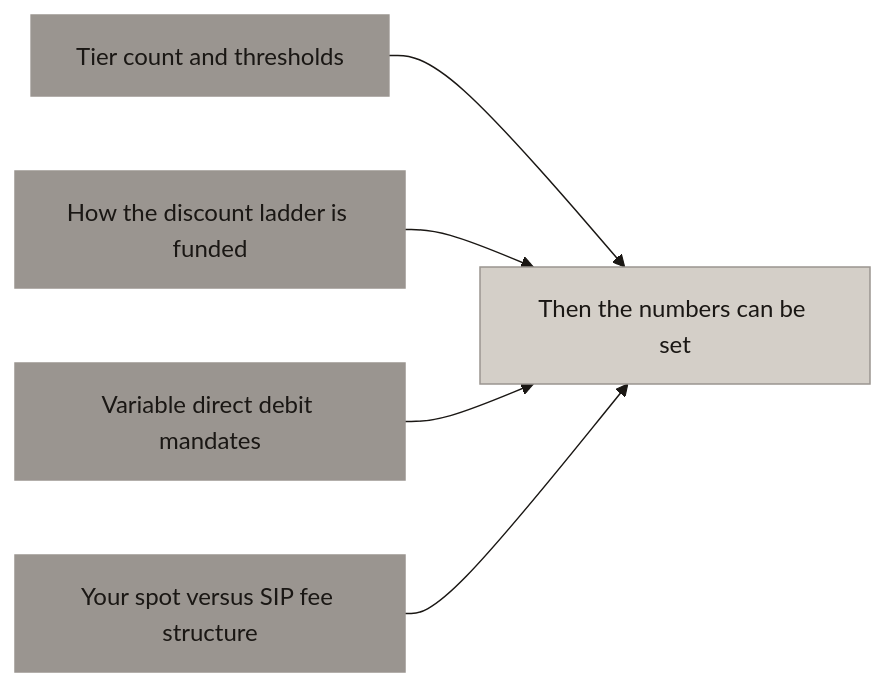
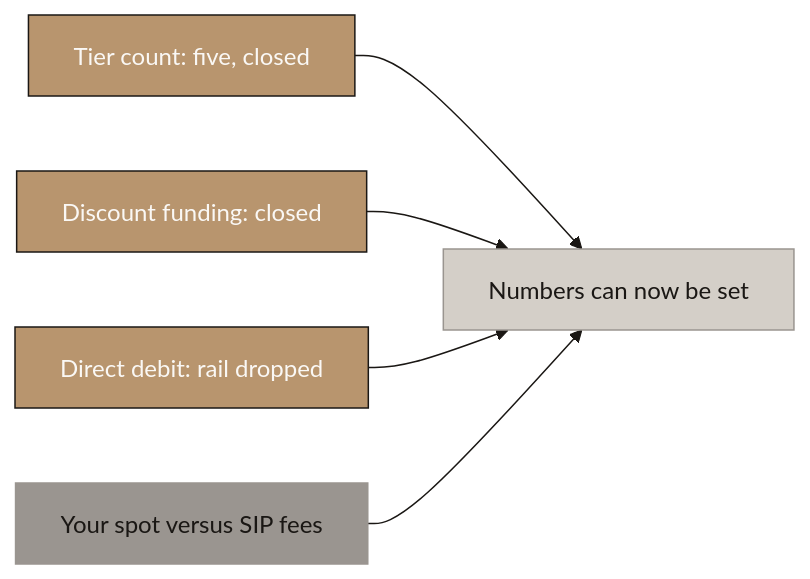
Before and after one commit to Abdsys/Aurumix: the tenth of 10 diagrams in deliverables/2-mechanism-design/Aurumix_Process_Maps_SIP_Structure.md, drawn with Mermaid. The commit also changed other lines of this file and 9 other files, not shown here.

````diff
--- a/deliverables/2-mechanism-design/Aurumix_Process_Maps_SIP_Structure.md
+++ b/deliverables/2-mechanism-design/Aurumix_Process_Maps_SIP_Structure.md
@@ -481,25 +481,25 @@
 ```mermaid
 %%{init: {'theme': 'base', 'themeVariables': {
     'primaryColor': '#B8956E',
     'primaryTextColor': '#1A1714',
     'primaryBorderColor': '#1A1714',
     'lineColor': '#1A1714',
     'secondaryColor': '#FAF8F5',
     'tertiaryColor': '#D4CFC8',
     'fontFamily': 'Libre Franklin, sans-serif',
     'edgeLabelBackground': '#D4CFC8',
     'clusterBkg': '#FAF8F5',
     'clusterBorder': '#B8956E'
 }}}%%
 graph LR
-    A["Tier count and thresholds"] --> E["Then the numbers can be set"]
-    B["How the discount ladder is funded"] --> E
-    C["Variable direct debit mandates"] --> E
-    D["Your spot versus SIP fee structure"] --> E
+    A["Tier count: five, closed"] --> E["Numbers can now be set"]
+    B["Discount funding: closed"] --> E
+    C["Direct debit: rail dropped"] --> E
+    D["Your spot versus SIP fees"] --> E
 
-    style A fill:#9A9590,stroke:#9A9590,color:#1A1714
-    style B fill:#9A9590,stroke:#9A9590,color:#1A1714
-    style C fill:#9A9590,stroke:#9A9590,color:#1A1714
+    style A fill:#B8956E,stroke:#1A1714,color:#FAF8F5
+    style B fill:#B8956E,stroke:#1A1714,color:#FAF8F5
+    style C fill:#B8956E,stroke:#1A1714,color:#FAF8F5
     style D fill:#9A9590,stroke:#9A9590,color:#1A1714
     style E fill:#D4CFC8,stroke:#9A9590,color:#1A1714
 ```
````
